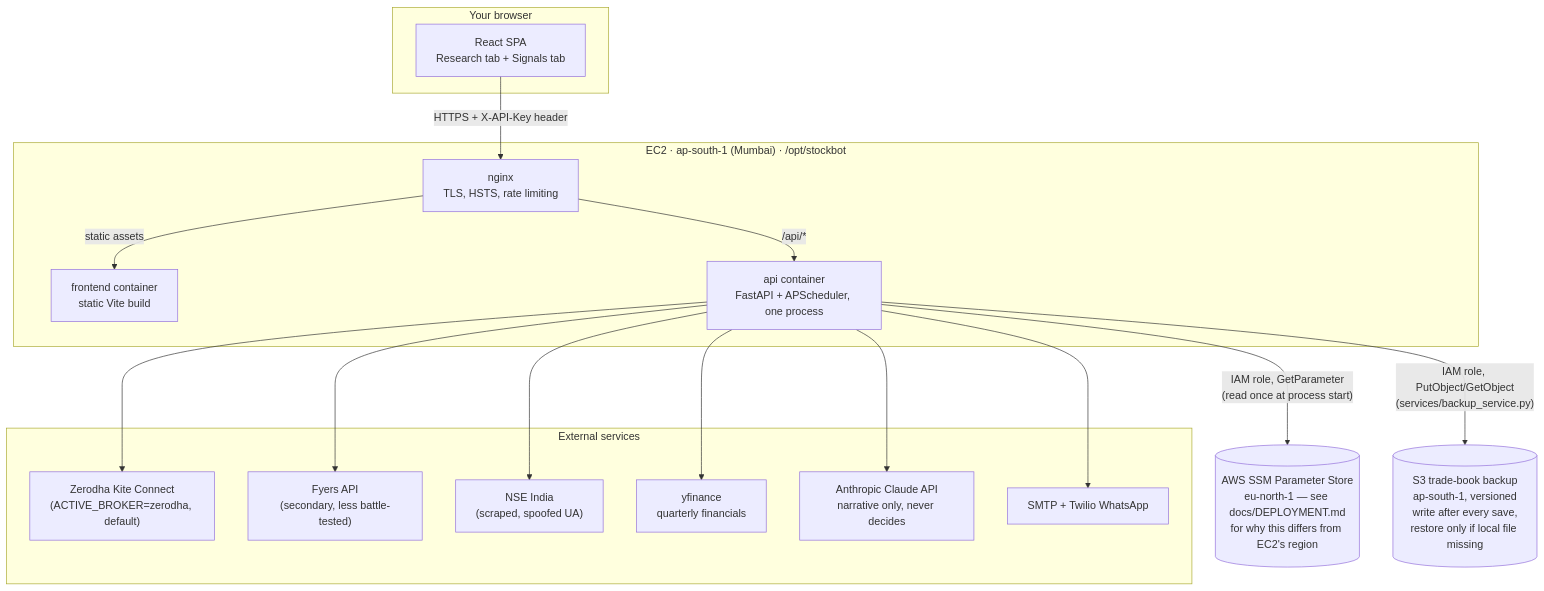
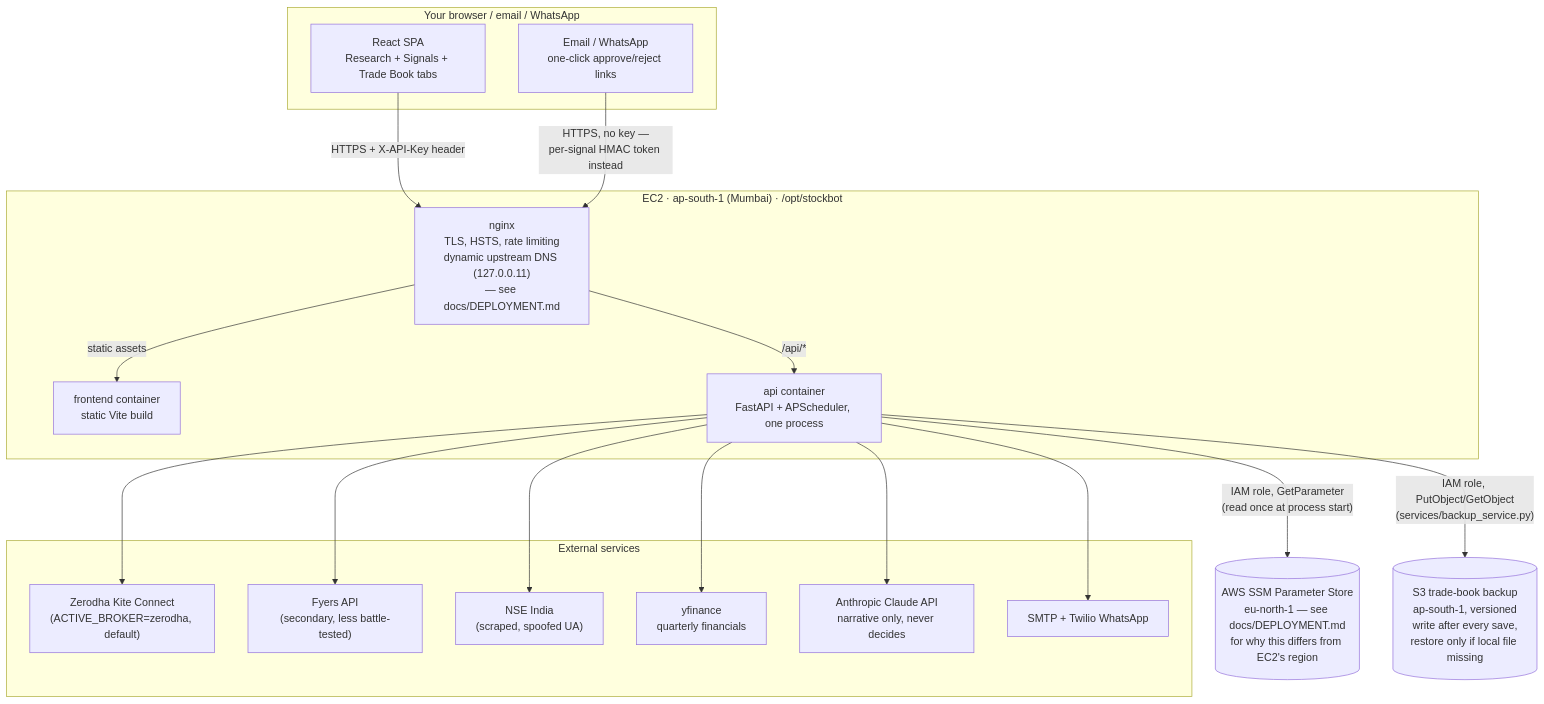
The first of 5 diagrams in docs/ARCHITECTURE.md (sudeepkrishnan87/stock-analyser), drawn with Mermaid before and after one commit. The commit also changed other lines of this file and 3 other files, not shown here.

````diff
--- a/docs/ARCHITECTURE.md
+++ b/docs/ARCHITECTURE.md
@@ -16,36 +16,38 @@
 ```mermaid
 flowchart TB
-    subgraph Client["Your browser"]
-        UI["React SPA\nResearch tab + Signals tab"]
+    subgraph Client["Your browser / email / WhatsApp"]
+        UI["React SPA\nResearch + Signals + Trade Book tabs"]
+        Mail["Email / WhatsApp\none-click approve/reject links"]
     end
 
     subgraph EC2["EC2 · ap-south-1 (Mumbai) · /opt/stockbot"]
-        Nginx["nginx\nTLS, HSTS, rate limiting"]
+        Nginx["nginx\nTLS, HSTS, rate limiting\ndynamic upstream DNS (127.0.0.11)\n— see docs/DEPLOYMENT.md"]
         FE["frontend container\nstatic Vite build"]
         API["api container\nFastAPI + APScheduler, one process"]
     end
 
     SSM[("AWS SSM Parameter Store\neu-north-1 — see docs/DEPLOYMENT.md\nfor why this differs from EC2's region")]
     S3[("S3 trade-book backup\nap-south-1, versioned\nwrite after every save,\nrestore only if local file missing")]
 
     subgraph External["External services"]
         Kite["Zerodha Kite Connect\n(ACTIVE_BROKER=zerodha, default)"]
         Fyers["Fyers API\n(secondary, less battle-tested)"]
         NSE["NSE India\n(scraped, spoofed UA)"]
         YF["yfinance\nquarterly financials"]
         Claude["Anthropic Claude API\nnarrative only, never decides"]
         Notify["SMTP + Twilio WhatsApp"]
     end
 
     UI -- "HTTPS + X-API-Key header" --> Nginx
+    Mail -- "HTTPS, no key —\nper-signal HMAC token instead" --> Nginx
     Nginx -- "static assets" --> FE
     Nginx -- "/api/*" --> API
     API -- "IAM role, GetParameter\n(read once at process start)" --> SSM
     API -- "IAM role, PutObject/GetObject\n(services/backup_service.py)" --> S3
     API --> Kite
     API --> Fyers
     API --> NSE
     API --> YF
     API --> Claude
     API --> Notify
 ```
````
